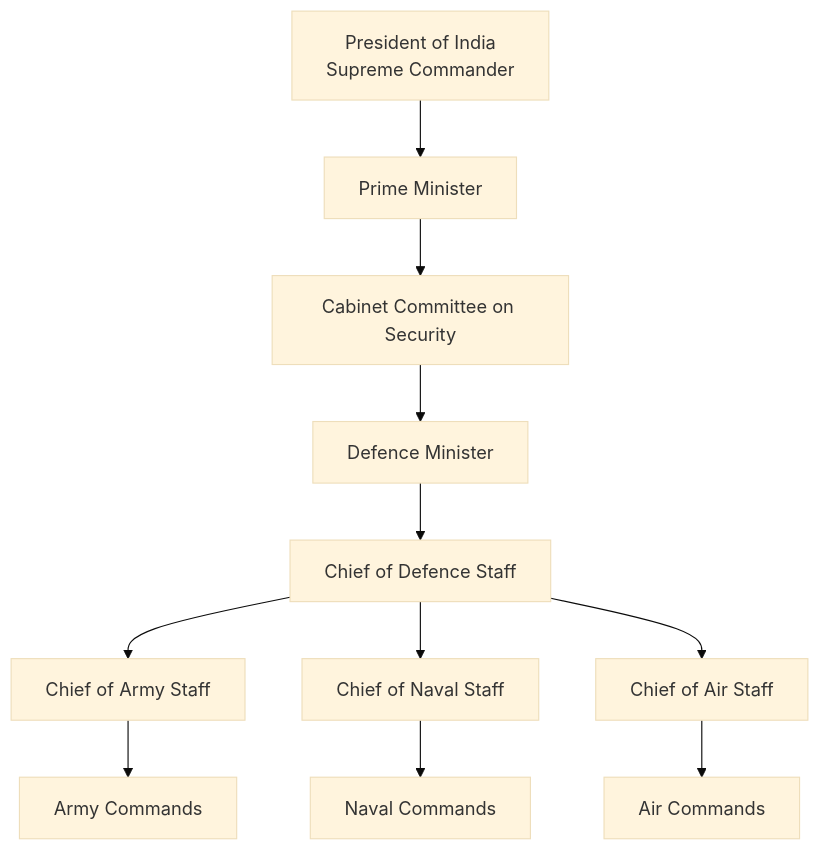
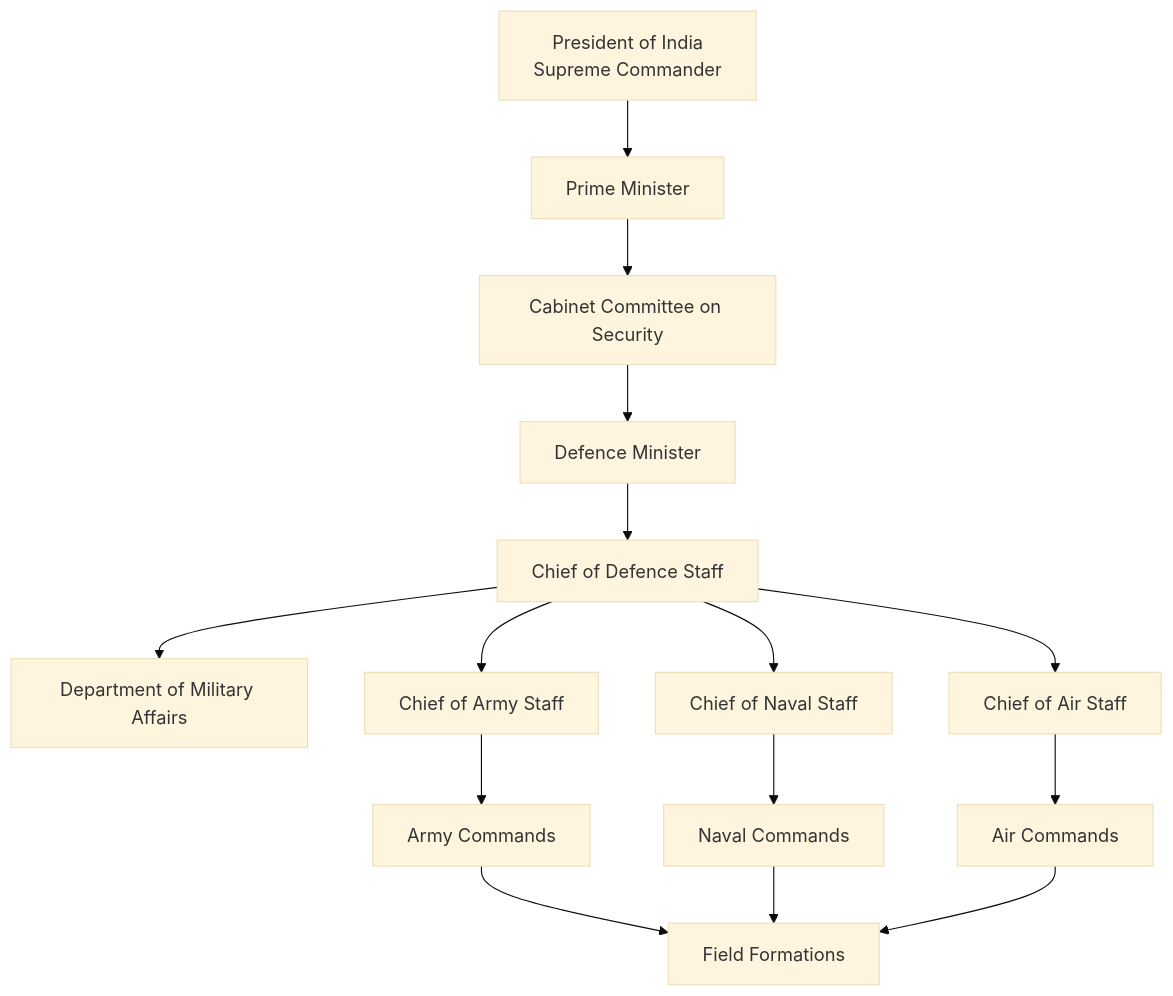
The first of 3 diagrams in 24-defence-and-national-security/armed-forces/command-and-control-structure.md (abhijitxroy/india), drawn with Mermaid (base theme) before and after one commit. The commit also changed other lines of this file and 113 other files, not shown here.

````diff
--- a/24-defence-and-national-security/armed-forces/command-and-control-structure.md
+++ b/24-defence-and-national-security/armed-forces/command-and-control-structure.md
@@ -30,15 +41,21 @@
 ```mermaid
 flowchart TD
-    A[President of India<br/>Supreme Commander] --> B[Prime Minister]
+    A[President of India<br/>Supreme Commander]
+    A --> B[Prime Minister]
     B --> C[Cabinet Committee on Security]
     C --> D[Defence Minister]
     D --> E[Chief of Defence Staff]
 
-    E --> F[Chief of Army Staff]
-    E --> G[Chief of Naval Staff]
-    E --> H[Chief of Air Staff]
+    E --> F[Department of Military Affairs]
+    E --> G[Chief of Army Staff]
+    E --> H[Chief of Naval Staff]
+    E --> I[Chief of Air Staff]
 
-    F --> I[Army Commands]
-    G --> J[Naval Commands]
-    H --> K[Air Commands]
+    G --> J[Army Commands]
+    H --> K[Naval Commands]
+    I --> L[Air Commands]
+
+    J --> M[Field Formations]
+    K --> M
+    L --> M
 ```
````
